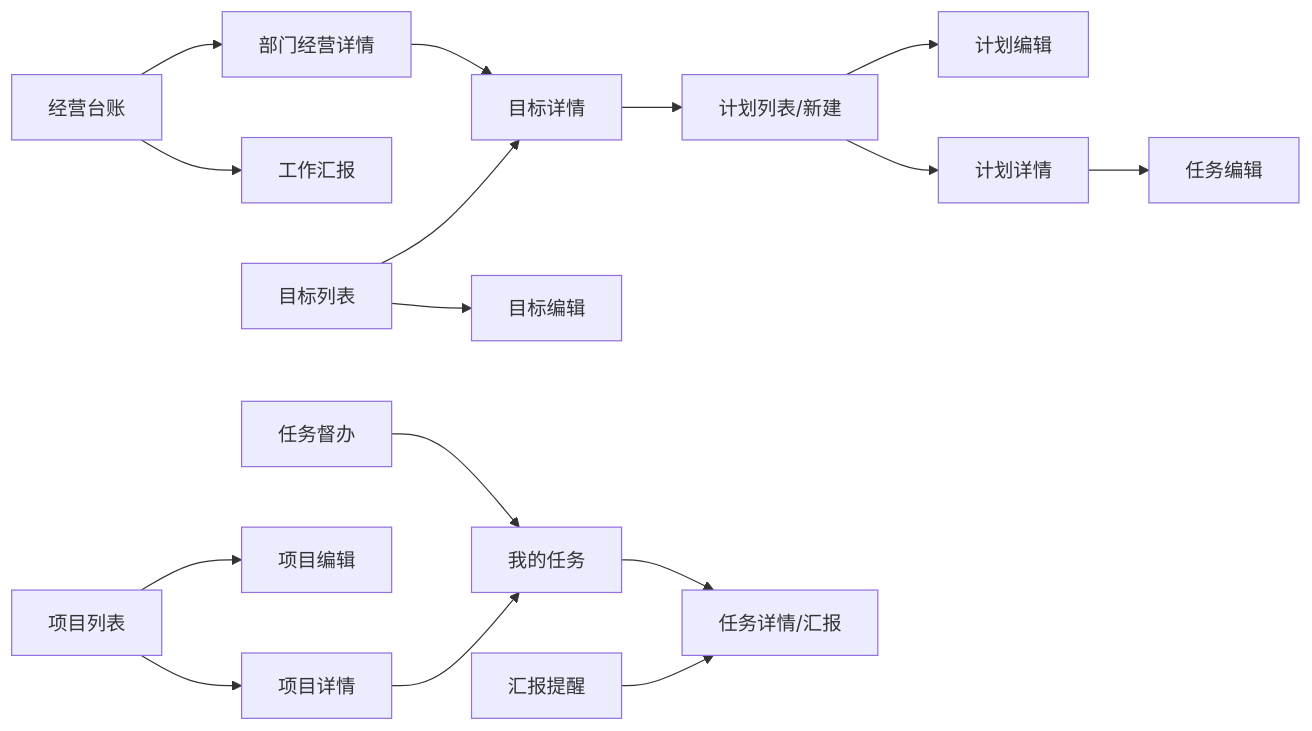
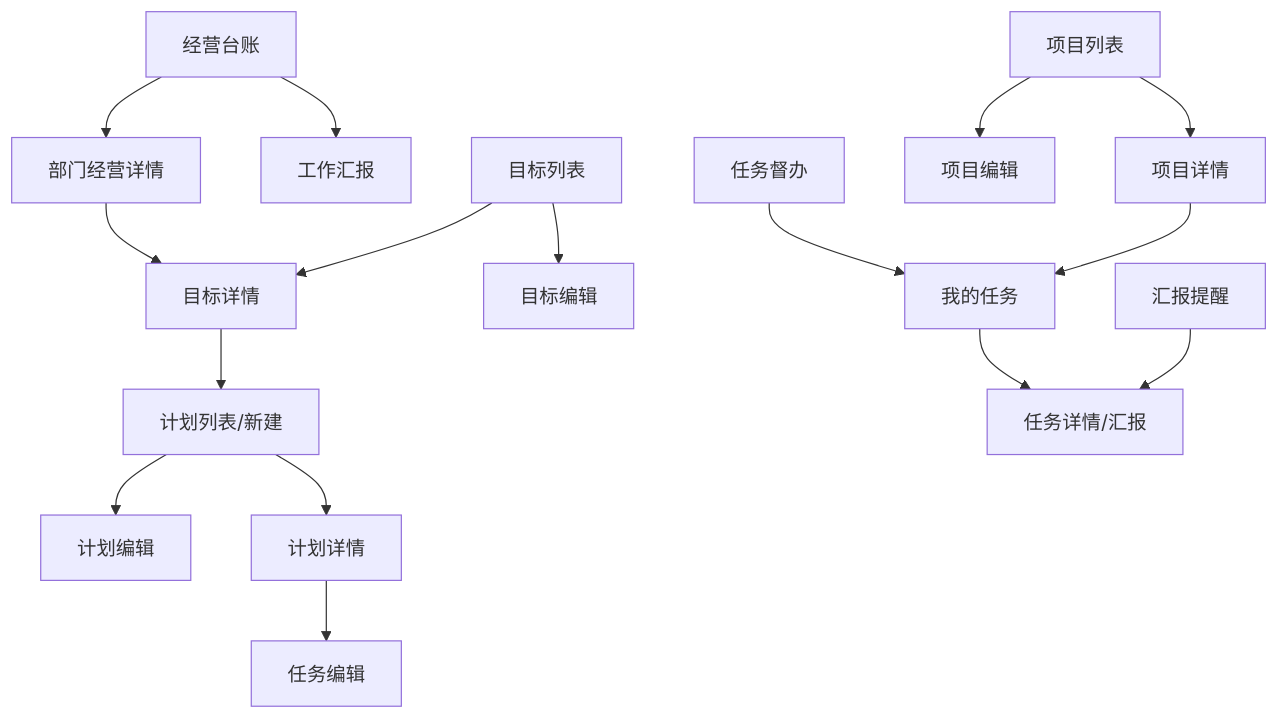
Before and after one commit to liaoliao66/BMS: the ninth of 9 diagrams in docs/versions/v1.0.0/prd.md, drawn with Mermaid. The commit also changed other lines of this file and 1 other file, not shown here.

First line of the commit message:
fix: PRD 阅读页 Mermaid 渲染失败导致整页无法加载

````diff
--- a/docs/versions/v1.0.0/prd.md
+++ b/docs/versions/v1.0.0/prd.md
@@ -880,18 +880,18 @@
 ```mermaid
-flowchart LR
+flowchart TD
   DB[经营台账] --> DD[部门经营详情]
   DB --> WR[工作汇报]
   DD --> GD[目标详情]
   GL[目标列表] --> GE[目标编辑]
   GL --> GD
   GD --> PL[计划列表/新建]
   PL --> PE[计划编辑]
-  PL --> PDetail[计划详情]
-  PDetail --> TE[任务编辑]
+  PL --> PDtl[计划详情]
+  PDtl --> TE[任务编辑]
   MT[我的任务] --> TD[任务详情/汇报]
   SV[任务督办] --> MT
   RM[汇报提醒] --> TD
   PR[项目列表] --> PRE[项目编辑]
-  PR --> PRD[项目详情]
-  PRD --> MT
+  PR --> PD[项目详情]
+  PD --> MT
 ```
````
